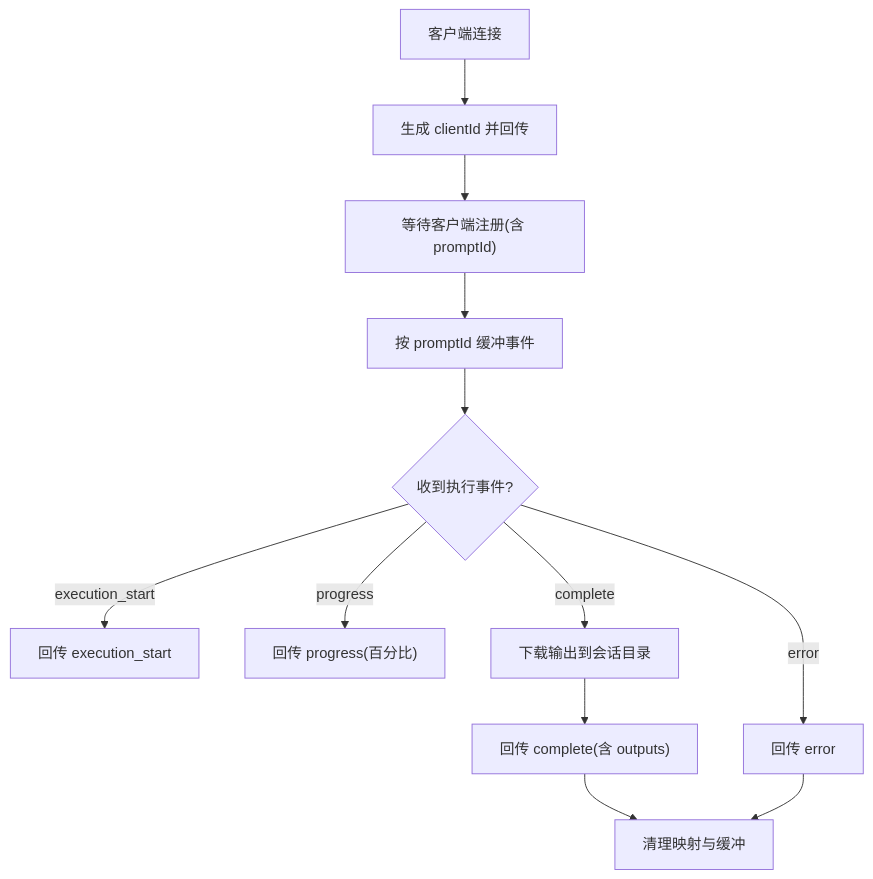
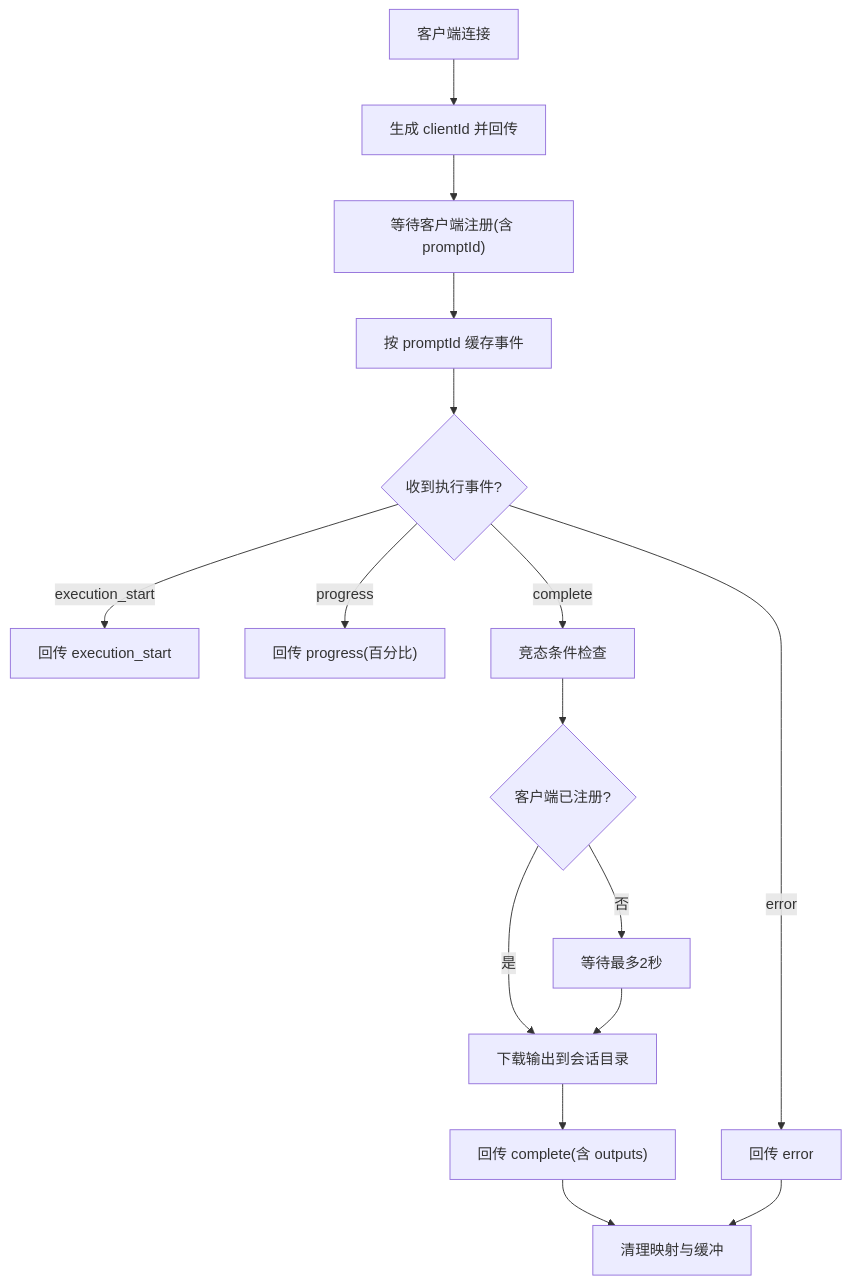
The fourth of 9 diagrams in .qoder/repowiki/zh/content/前端应用/WebSocket 通信.md (billye220670/CorineKit_Pix2Real), drawn with Mermaid before and after one commit. The commit also changed other lines of this file and 20 other files, not shown here.

````diff
--- a/.qoder/repowiki/zh/content/前端应用/WebSocket 通信.md
+++ b/.qoder/repowiki/zh/content/前端应用/WebSocket 通信.md
@@ -143,14 +202,18 @@
 ```mermaid
 flowchart TD
 Conn["客户端连接"] --> Assign["生成 clientId 并回传"]
 Assign --> Register["等待客户端注册(含 promptId)"]
-Register --> Buffer["按 promptId 缓冲事件"]
+Register --> Buffer["按 promptId 缓存事件"]
 Buffer --> Events{"收到执行事件?"}
 Events --> |execution_start| SendStart["回传 execution_start"]
 Events --> |progress| SendProgress["回传 progress(百分比)"]
-Events --> |complete| Download["下载输出到会话目录"]
+Events --> |complete| WaitCheck["竞态条件检查"]
+WaitCheck --> CheckReg{"客户端已注册?"}
+CheckReg --> |是| Download["下载输出到会话目录"]
+CheckReg --> |否| Wait["等待最多2秒"]
+Wait --> Download
 Download --> SendComplete["回传 complete(含 outputs)"]
 Events --> |error| SendError["回传 error"]
 SendComplete --> Cleanup["清理映射与缓冲"]
 SendError --> Cleanup
 ```
````
